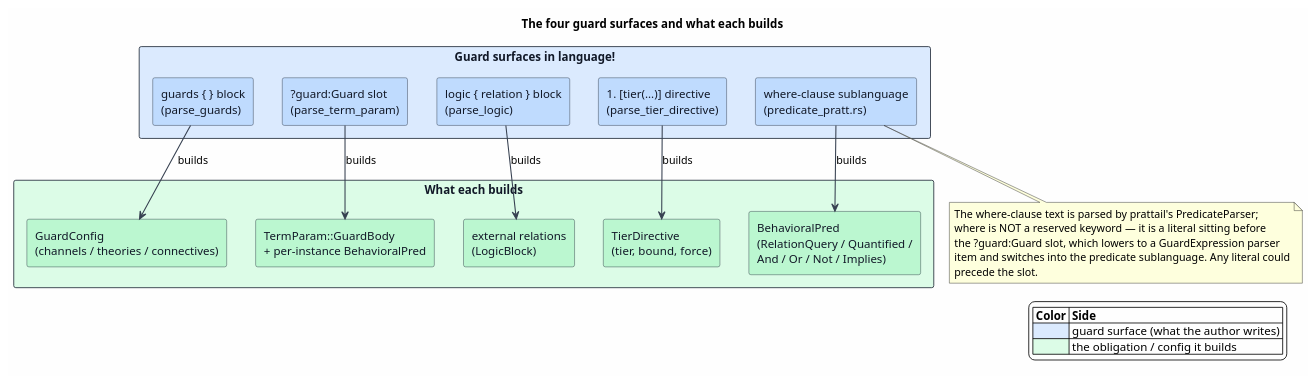
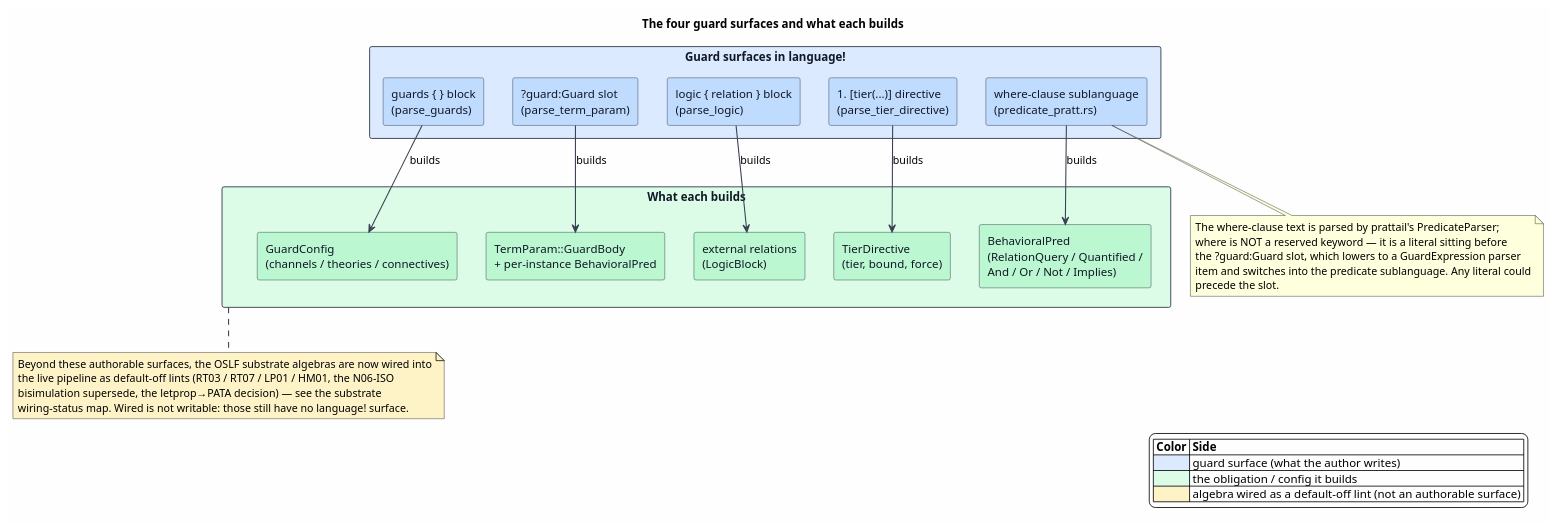
The diagram in docs/architecture/semantic-predicates/figures/06-guard-surfaces.puml (F1R3FLY-io/mettail-rust), drawn with PlantUML before and after one commit. The commit also changed 23 other files, not shown here.

```diff
--- a/docs/architecture/semantic-predicates/figures/06-guard-surfaces.puml
+++ b/docs/architecture/semantic-predicates/figures/06-guard-surfaces.puml
@@ -1,55 +1,63 @@
 @startuml
 title The four guard surfaces and what each builds
 
 skinparam backgroundColor #FEFEFE
 skinparam componentStyle rectangle
 skinparam shadowing false
 skinparam ArrowColor #374151
 skinparam ArrowThickness 1.3
 skinparam component {
   BorderColor #1F2937
   FontColor #111827
 }
 skinparam rectangle {
   BorderColor #1F2937
   FontColor #111827
 }
 
 ' ── The surfaces a language author writes (left) ────────────────────────
 rectangle "Guard surfaces in language!" as Surf #DBEAFE {
   component "guards { } block\n(parse_guards)" as G #BFDBFE
   component "?guard:Guard slot\n(parse_term_param)" as Slot #BFDBFE
   component "where-clause sublanguage\n(predicate_pratt.rs)" as Where #BFDBFE
   component "logic { relation } block\n(parse_logic)" as Logic #BFDBFE
   component "#[tier(...)] directive\n(parse_tier_directive)" as Tier #BFDBFE
 }
 
 ' ── What each surface builds (right) ────────────────────────────────────
 rectangle "What each builds" as Built #DCFCE7 {
   component "GuardConfig\n(channels / theories / connectives)" as GC #BBF7D0
   component "TermParam::GuardBody\n+ per-instance BehavioralPred" as TP #BBF7D0
   component "BehavioralPred\n(RelationQuery / Quantified /\nAnd / Or / Not / Implies)" as BP #BBF7D0
   component "external relations\n(LogicBlock)" as Rel #BBF7D0
   component "TierDirective\n(tier, bound, force)" as TD #BBF7D0
 }
 
 G    --> GC : builds
 Slot --> TP : builds
 Where --> BP : builds
 Logic --> Rel : builds
 Tier --> TD : builds
 
 note bottom of Where
   The where-clause text is parsed by prattail's PredicateParser;
   where is NOT a reserved keyword — it is a literal sitting before
   the ?guard:Guard slot, which lowers to a GuardExpression parser
   item and switches into the predicate sublanguage. Any literal could
   precede the slot.
 end note
 
+note bottom of Built #FEF3C7
+  Beyond these authorable surfaces, the OSLF substrate algebras are now wired into
+  the live pipeline as default-off lints (RT03 / RT07 / LP01 / HM01, the N06-ISO
+  bisimulation supersede, the letprop→PATA decision) — see the substrate
+  wiring-status map. Wired is not writable: those still have no language! surface.
+end note
+
 legend right
 |= Color |= Side |
 |<#DBEAFE> | guard surface (what the author writes) |
 |<#DCFCE7> | the obligation / config it builds |
+|<#FEF3C7> | algebra wired as a default-off lint (not an authorable surface) |
 endlegend
 @enduml
```
